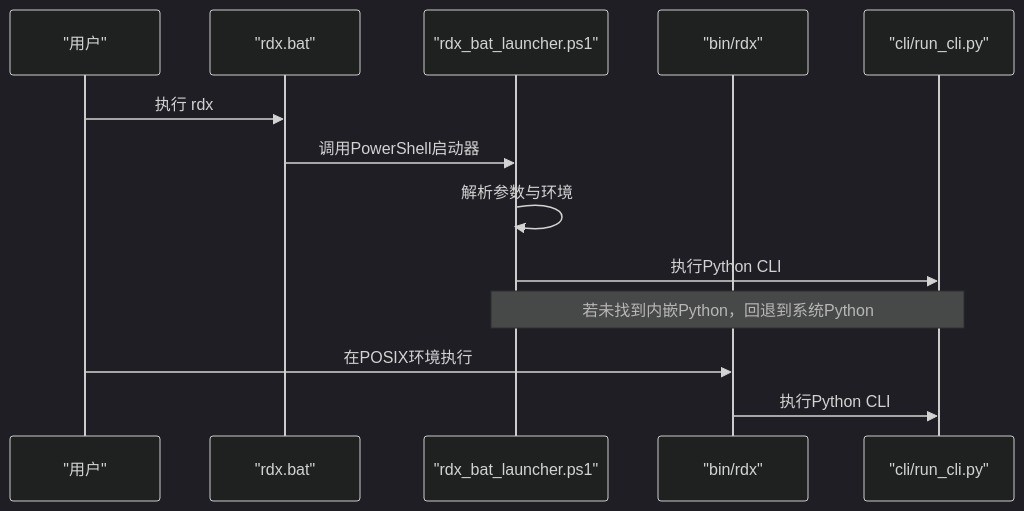
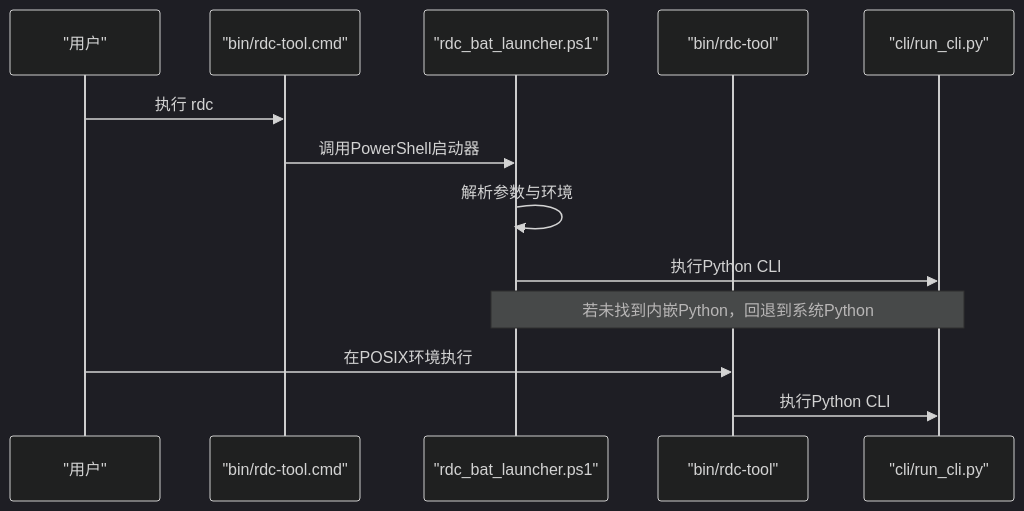
One commit to haolange/RDC-Tool changed the seventh of 8 diagrams in .qoder/repowiki/zh/content/部署和发布/发布打包.md. Above: the diagram before and after it, drawn with Mermaid (dark theme). The commit also changed other lines of this file and 388 other files, not shown here.

First line of the commit message:
Release RDC-Tool identity and public maintenance surface

````diff
--- a/.qoder/repowiki/zh/content/部署和发布/发布打包.md
+++ b/.qoder/repowiki/zh/content/部署和发布/发布打包.md
@@ -252,15 +252,15 @@
 ```mermaid
 sequenceDiagram
 participant User as "用户"
-participant Bat as "rdx.bat"
-participant PS as "rdx_bat_launcher.ps1"
-participant Sh as "bin/rdx"
+participant Bat as "bin/rdc-tool.cmd"
+participant PS as "rdc_bat_launcher.ps1"
+participant Sh as "bin/rdc-tool"
 participant CLI as "cli/run_cli.py"
-User->>Bat : 执行 rdx
+User->>Bat : 执行 rdc
 Bat->>PS : 调用PowerShell启动器
 PS->>PS : 解析参数与环境
 PS->>CLI : 执行Python CLI
 Note over PS,CLI : 若未找到内嵌Python，回退到系统Python
 User->>Sh : 在POSIX环境执行
 Sh->>CLI : 执行Python CLI
 ```
````
